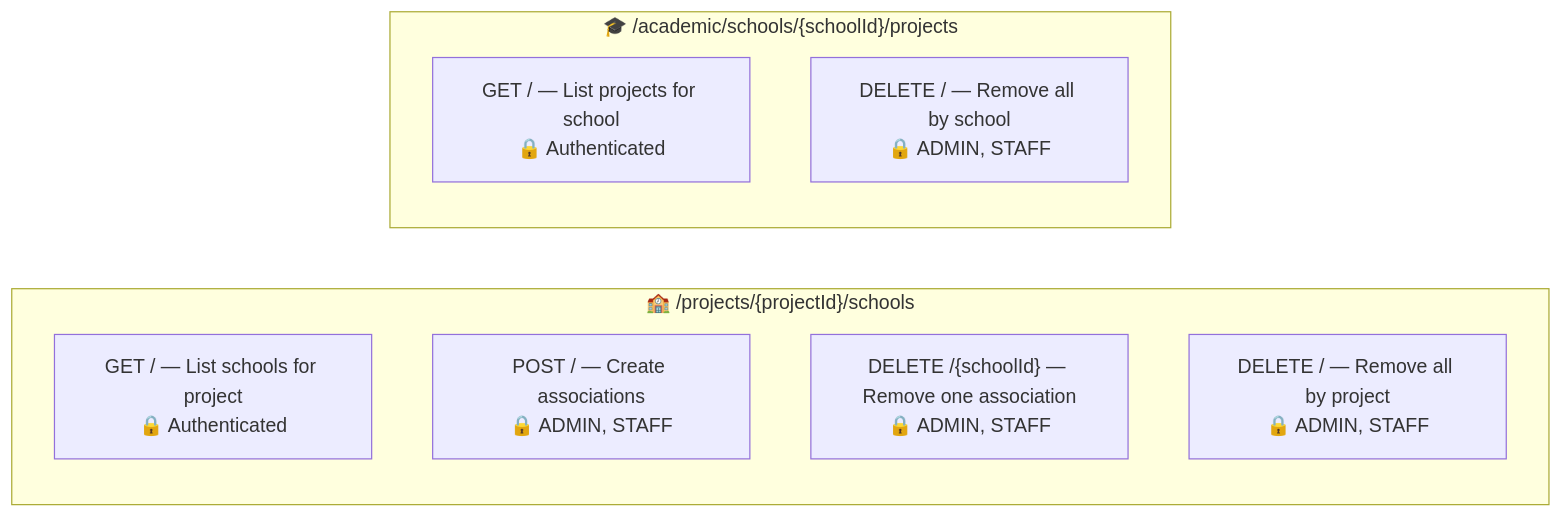
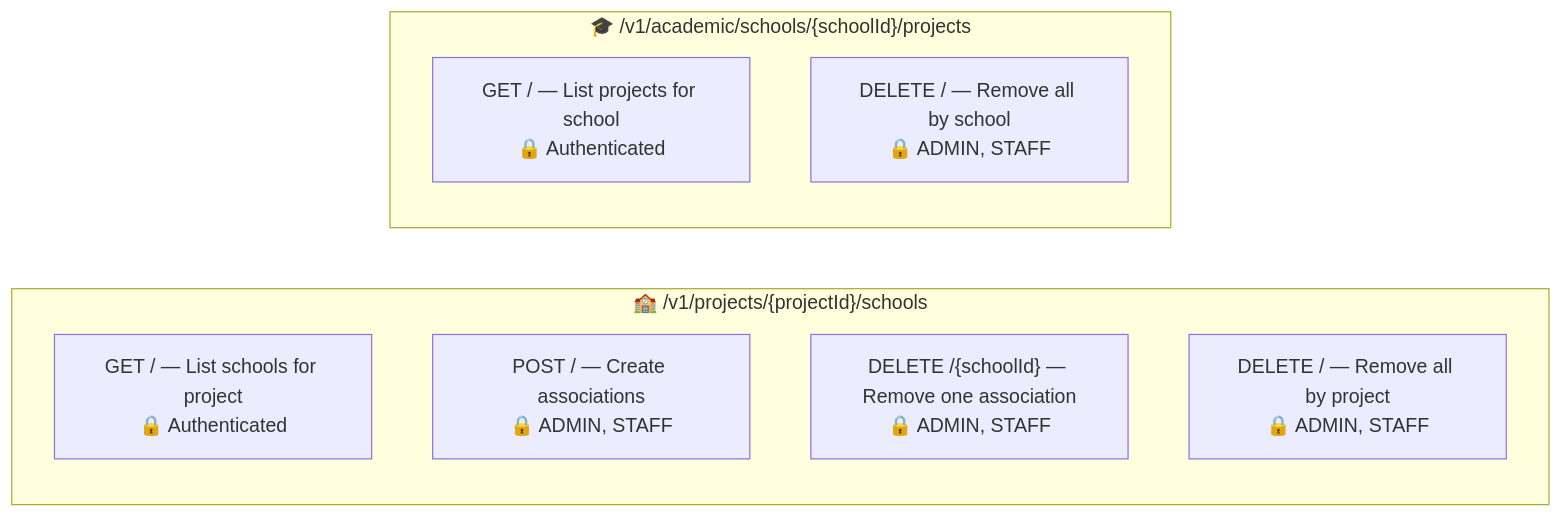
The third of 9 diagrams in src/main/java/br/org/catolicasc/pug/project/README.md (Plataforma-Universidade-Gratuita/pug-service), drawn with Mermaid before and after one commit. The commit also changed other lines of this file and 137 other files, not shown here.

````diff
--- a/src/main/java/br/org/catolicasc/pug/project/README.md
+++ b/src/main/java/br/org/catolicasc/pug/project/README.md
@@ -159,16 +159,16 @@
 ```mermaid
 graph LR
-    subgraph ProjectSide["🏫 /projects/{projectId}/schools"]
+    subgraph ProjectSide["🏫 /v1/projects/{projectId}/schools"]
         direction TB
         GET_SCHOOLS["GET / — List schools for project<br/>🔒 Authenticated"]
         POST_SCHOOLS["POST / — Create associations<br/>🔒 ADMIN, STAFF"]
         DELETE_ONE["DELETE /{schoolId} — Remove one association<br/>🔒 ADMIN, STAFF"]
         DELETE_ALL_PROJECT["DELETE / — Remove all by project<br/>🔒 ADMIN, STAFF"]
     end
 
-    subgraph SchoolSide["🎓 /academic/schools/{schoolId}/projects"]
+    subgraph SchoolSide["🎓 /v1/academic/schools/{schoolId}/projects"]
         direction TB
         GET_PROJECTS["GET / — List projects for school<br/>🔒 Authenticated"]
         DELETE_ALL_SCHOOL["DELETE / — Remove all by school<br/>🔒 ADMIN, STAFF"]
     end
 ```
````
